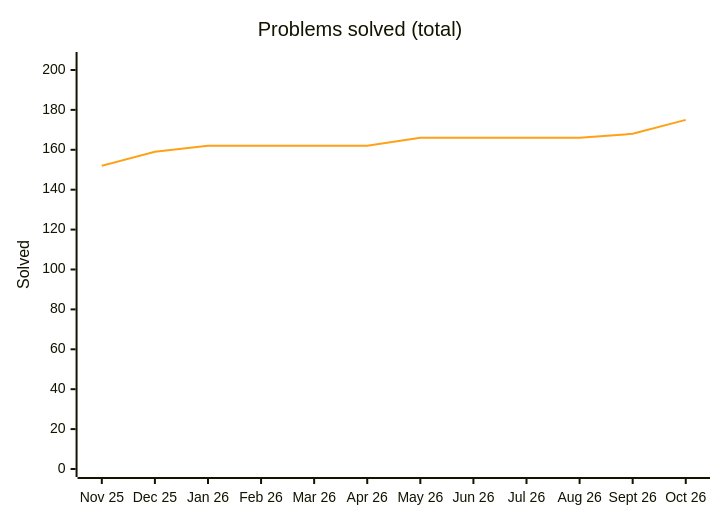
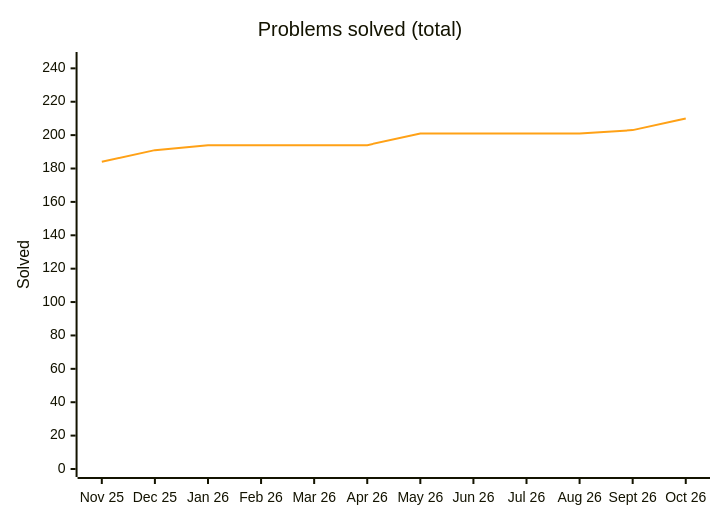
Before and after one commit to samy-D5/Leetcode: the diagram in README.md, drawn with Mermaid. The commit also changed other lines of this file and 42 other files, not shown here.

````diff
--- a/README.md
+++ b/README.md
@@ -42,8 +42,8 @@
 ```mermaid
 %%{init: {"themeVariables": {"xyChart": {"plotColorPalette": "#ffa116"}}}}%%
 xychart-beta
     title "Problems solved (total)"
     x-axis ["Nov 25", "Dec 25", "Jan 26", "Feb 26", "Mar 26", "Apr 26", "May 26", "Jun 26", "Jul 26", "Aug 26", "Sept 26", "Oct 26"]
-    y-axis "Solved" 0 --> 205
-    line [152, 159, 162, 162, 162, 162, 166, 166, 166, 166, 168, 175]
+    y-axis "Solved" 0 --> 245
+    line [184, 191, 194, 194, 194, 194, 201, 201, 201, 201, 203, 210]
 ```
````
